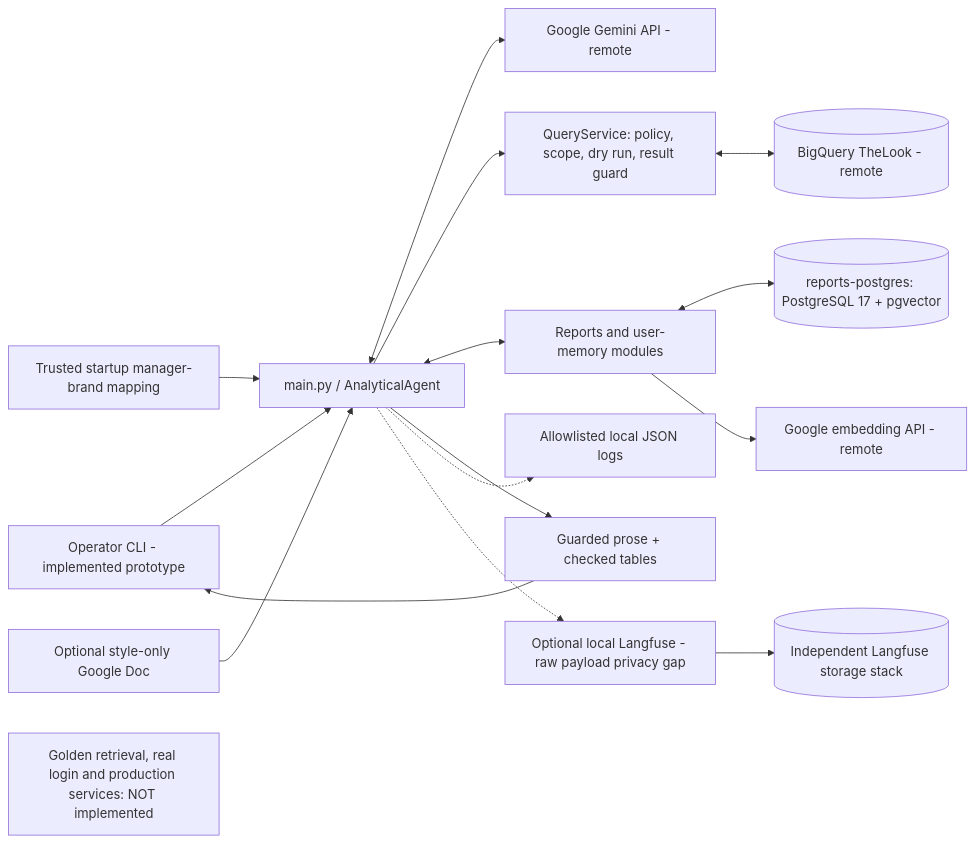
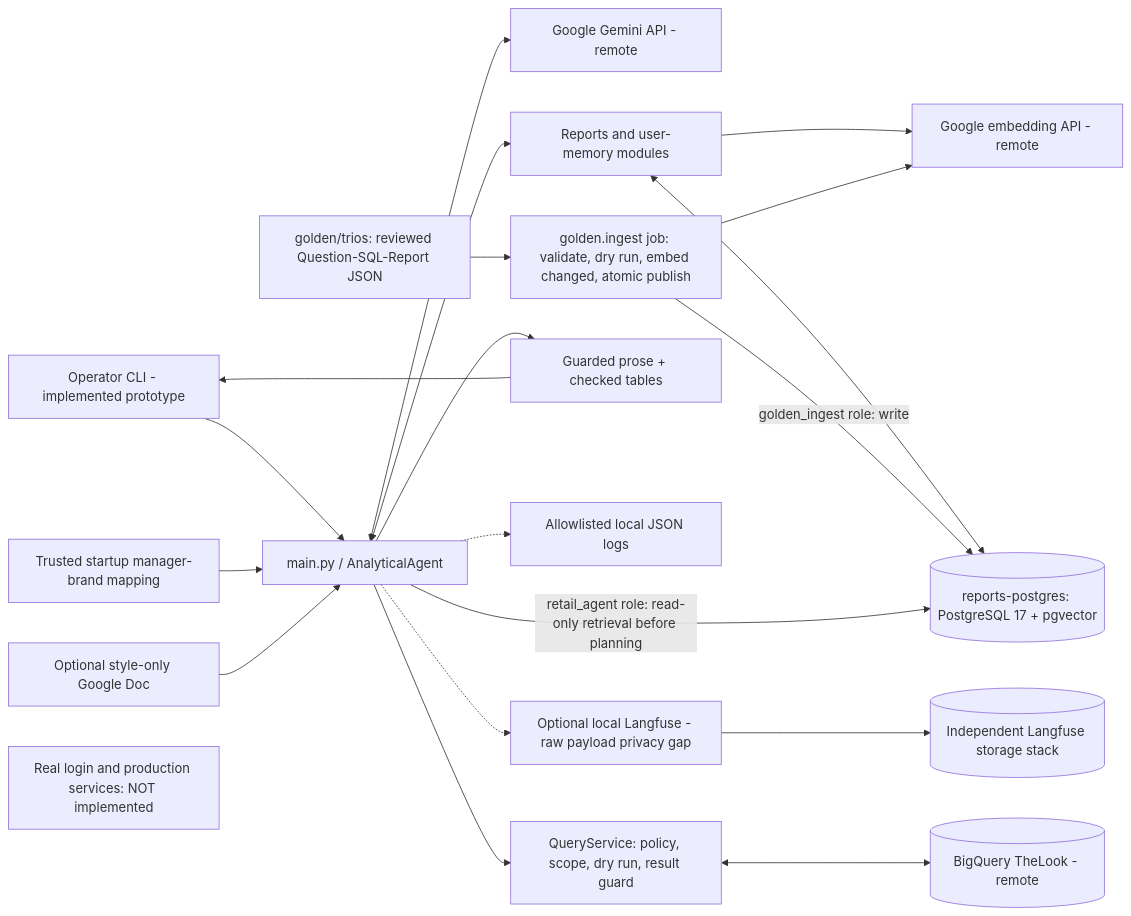
One commit to BenFruit/opsfleet_retail changed the diagram in HLD/architecture-overview.mmd. Above: the diagram before and after it, drawn with Mermaid. The commit also changed 35 other files, not shown here.

First line of the commit message:
feat: add Golden Knowledge trios, ingestion and retrieval

```diff
--- a/HLD/architecture-overview.mmd
+++ b/HLD/architecture-overview.mmd
@@ -1,16 +1,20 @@
 flowchart LR
     U["Operator CLI - implemented prototype"] --> APP["main.py / AnalyticalAgent"]
     ACCESS["Trusted startup manager-brand mapping"] --> APP
     DOC["Optional style-only Google Doc"] --> APP
     APP <--> LLM["Google Gemini API - remote"]
     APP --> QS["QueryService: policy, scope, dry run, result guard"]
     QS <--> BQ[("BigQuery TheLook - remote")]
     APP <--> RM["Reports and user-memory modules"]
     RM <--> PG[("reports-postgres: PostgreSQL 17 + pgvector")]
     RM --> EMB["Google embedding API - remote"]
     APP --> OUT["Guarded prose + checked tables"]
     OUT --> U
     APP -.-> LOG["Allowlisted local JSON logs"]
     APP -.-> LF["Optional local Langfuse - raw payload privacy gap"]
     LF --> STORE[("Independent Langfuse storage stack")]
-    FUTURE["Golden retrieval, real login and production services: NOT implemented"]
+    BUCKET["golden/trios: reviewed Question-SQL-Report JSON"] --> INGEST["golden.ingest job: validate, dry run, embed changed, atomic publish"]
+    INGEST -->|"golden_ingest role: write"| PG
+    APP -->|"retail_agent role: read-only retrieval before planning"| PG
+    INGEST --> EMB
+    FUTURE["Real login and production services: NOT implemented"]
```
